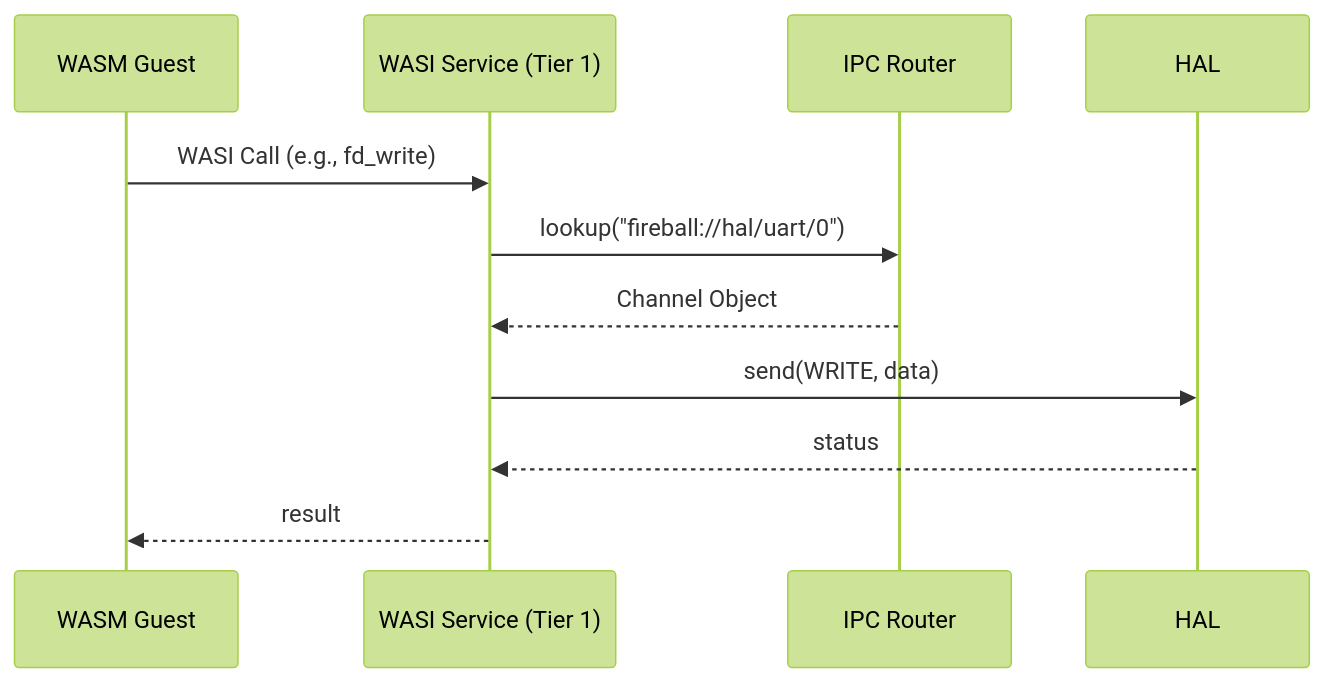
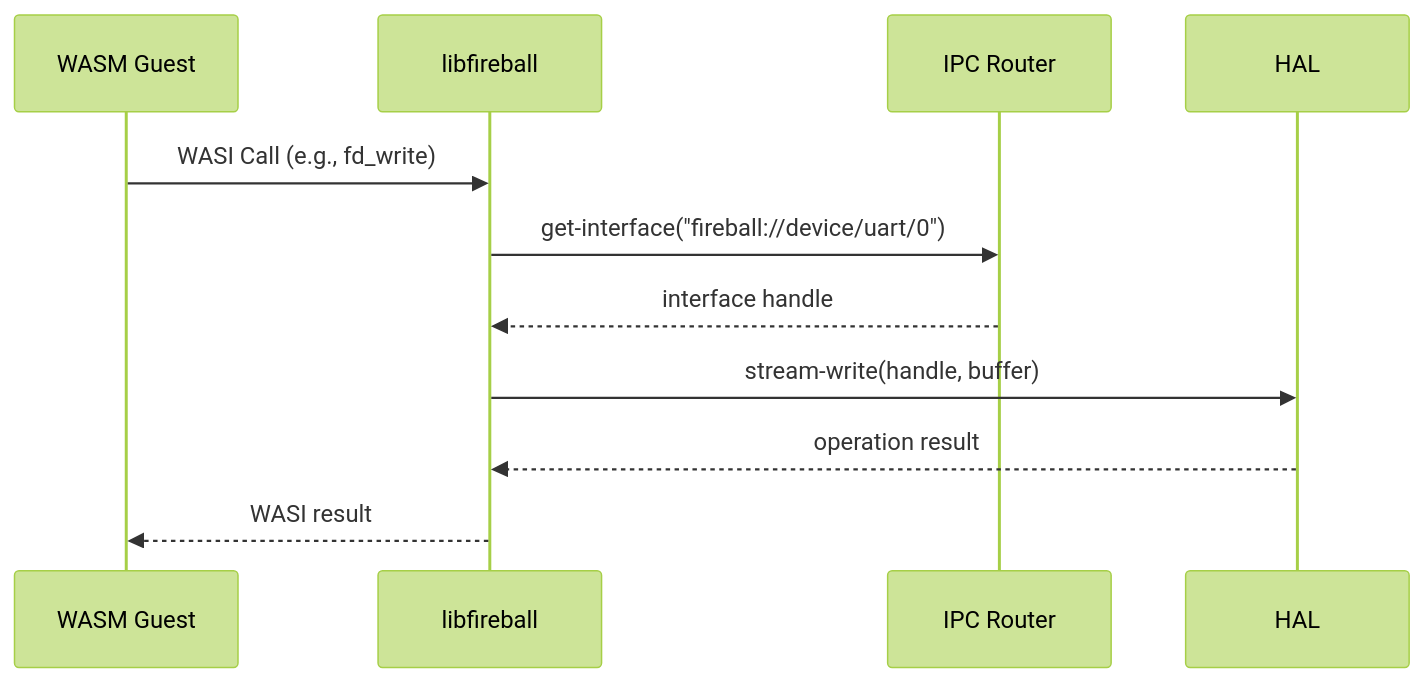
One commit to kmt-t/fireball changed the third of 3 diagrams in docs/components/tier1_interface/system_service.md. Above: the diagram before and after it, drawn with Mermaid (forest theme). The commit also changed other lines of this file and 37 other files, not shown here.

````diff
--- a/docs/components/tier1_interface/system_service.md
+++ b/docs/components/tier1_interface/system_service.md
@@ -86,14 +86,14 @@
 ```mermaid
 sequenceDiagram
     participant G as WASM Guest
-    participant S as WASI Service (Tier 1)
+    participant L as libfireball
     participant R as IPC Router
     participant H as HAL
 
-    G->>S: WASI Call (e.g., fd_write)
-    S->>R: lookup("fireball://hal/uart/0")
-    R-->>S: Channel Object
-    S->>H: send(WRITE, data)
-    H-->>S: status
-    S-->>G: result
+    G->>L: WASI Call (e.g., fd_write)
+    L->>R: get-interface("fireball://device/uart/0")
+    R-->>L: interface handle
+    L->>H: stream-write(handle, buffer)
+    H-->>L: operation result
+    L-->>G: WASI result
 ```
````
